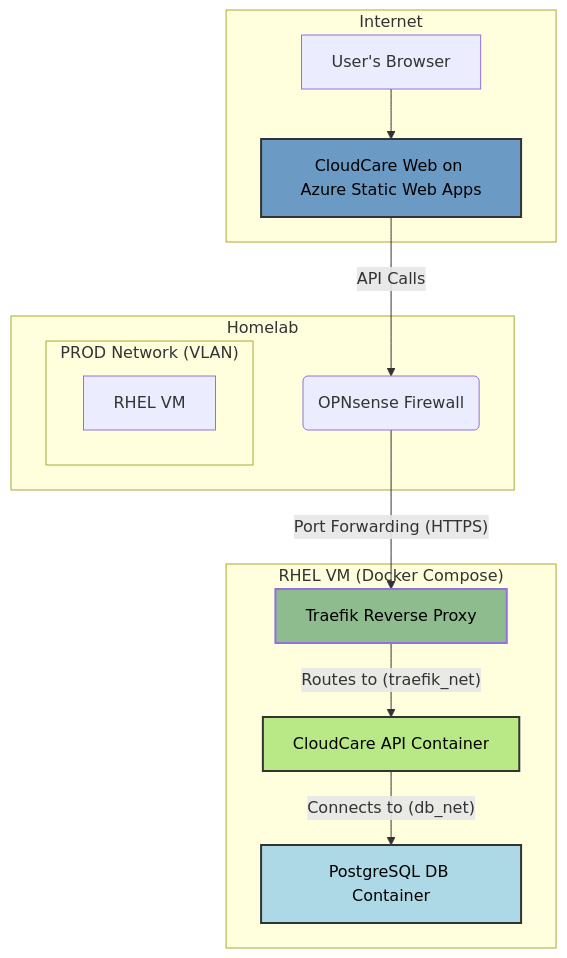
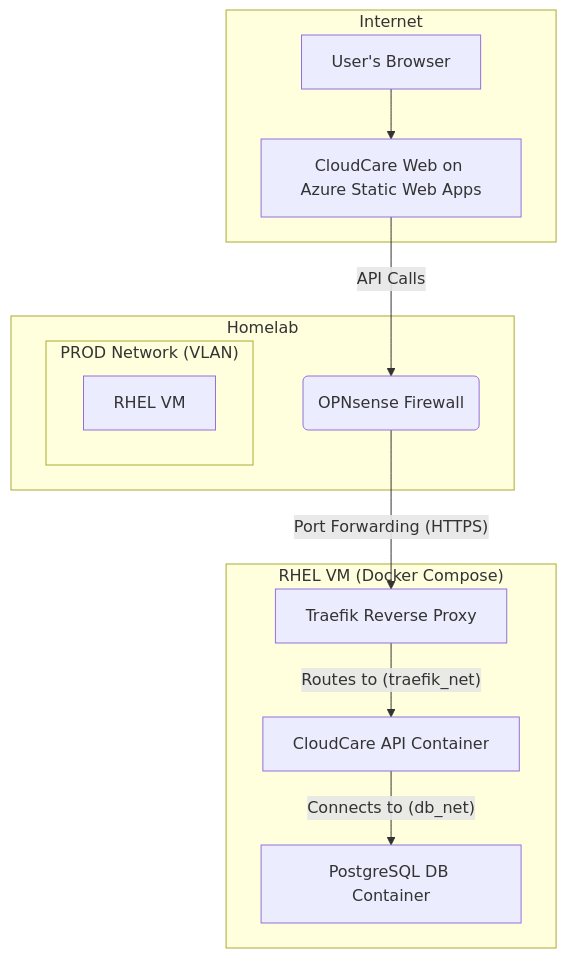
Before and after one commit to HashirOwais/CloudCare: the second of 3 diagrams in README.md, drawn with Mermaid. The commit also changed other lines of this file, not shown here.

First line of the commit message:
fix(docs): Remove Mermaid style declarations for GitHub rendering

````diff
--- a/README.md
+++ b/README.md
@@ -89,31 +85,26 @@
 ```mermaid
 graph TD
     subgraph "Internet"
         U[User's Browser]
         W[CloudCare Web on Azure Static Web Apps]
     end
 
     subgraph "Homelab"
         FW(OPNsense Firewall)
         subgraph "PROD Network (VLAN)"
             R[RHEL VM]
         end
     end
 
     subgraph "RHEL VM (Docker Compose)"
         T[Traefik Reverse Proxy]
         A[CloudCare API Container]
         D[PostgreSQL DB Container]
     end
 
     U --> W
     W -- "API Calls" --> FW
     FW -- "Port Forwarding (HTTPS)" --> T
     T -- "Routes to (traefik_net)" --> A
     A -- "Connects to (db_net)" --> D
-
-    style T fill:#8FBC8F,color:#000,stroke-width:2px
-    style A fill:#B8E986,color:#000,stroke:#333,stroke-width:2px
-    style D fill:#ADD8E6,color:#000,stroke:#333,stroke-width:2px
-    style W fill:#6B9AC4,color:#000,stroke:#333,stroke-width:2px
 ```
````
